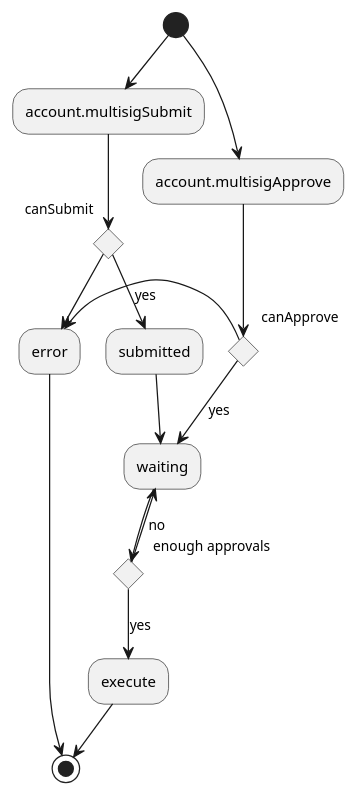
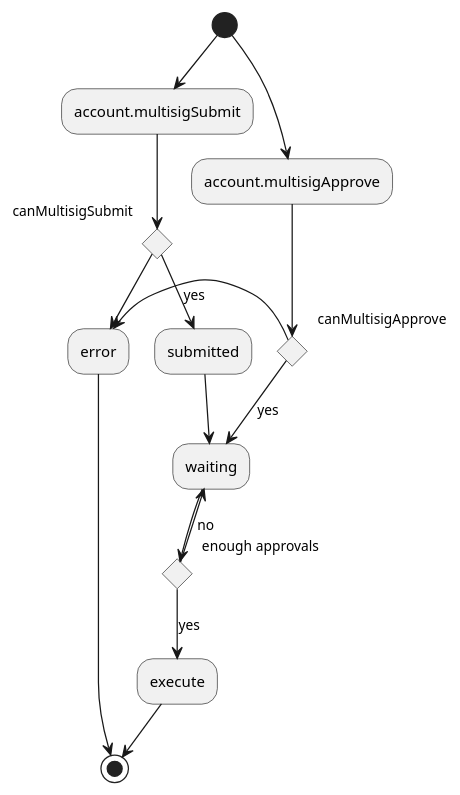
Before and after one commit to many-protocol/specification: the diagram in attributes/network/9_account_features/1_account_multisig.adoc, drawn with PlantUML. The commit also changed other lines of this file and 5 other files, not shown here.

```diff
--- a/attributes/network/9_account_features/1_account_multisig.adoc
+++ b/attributes/network/9_account_features/1_account_multisig.adoc
@@ -12,33 +12,33 @@
 [plantuml, format=png]
 ....
 @startuml
 
 (*) --> "account.multisigSubmit"
 
-if "canSubmit" then
+if "canMultisigSubmit" then
     -->[yes] submitted
 else
     --> error
     --> (*)
 endif
 
 (*) --> "account.multisigApprove"
 
-if "canApprove" then
+if "canMultisigApprove" then
     -->[yes] waiting
 else
     -l-> error
 endif
 
 submitted --> waiting
 
 if "enough approvals" then
     -->[yes] execute
 else
     -->[no] waiting
 endif
 
 execute --> (*)
 
 @enduml
 ....
```
